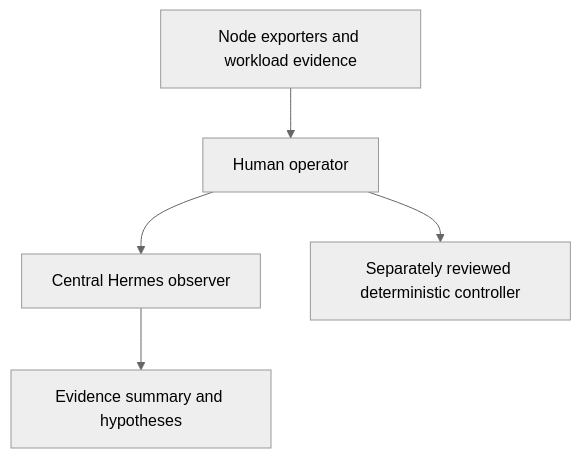
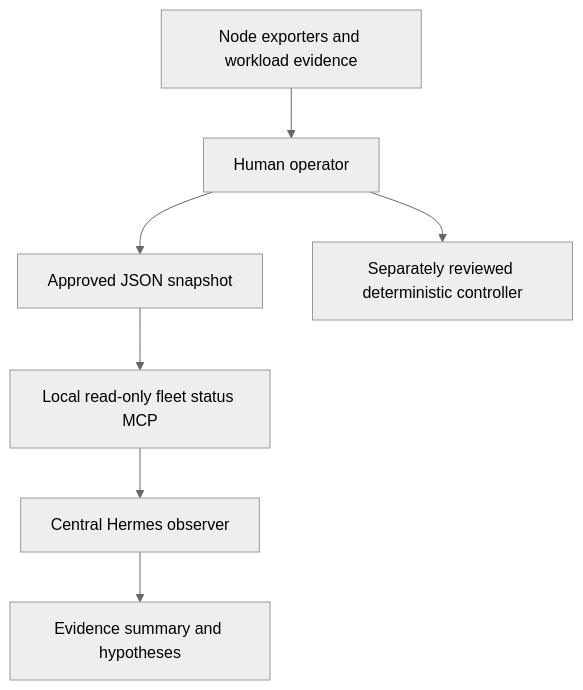
One commit to rui-ren/Continuous-Foundation-Model-Integration changed the diagram in docs/Hermes-agent.md. Above: the diagram before and after it, drawn with Mermaid (neutral theme). The commit also changed other lines of this file and 9 other files, not shown here.

First line of the commit message:
Add read-only Hermes fleet status MCP

````diff
--- a/docs/Hermes-agent.md
+++ b/docs/Hermes-agent.md
@@ -62,7 +67,9 @@
 ```mermaid
 flowchart TD
     Exporters[Node exporters and workload evidence] --> Operator[Human operator]
-    Operator --> Hermes[Central Hermes observer]
+    Operator --> Evidence[Approved JSON snapshot]
+    Evidence --> MCP[Local read-only fleet status MCP]
+    MCP --> Hermes[Central Hermes observer]
     Hermes --> Summary[Evidence summary and hypotheses]
     Operator --> Controller[Separately reviewed deterministic controller]
 ```
````
